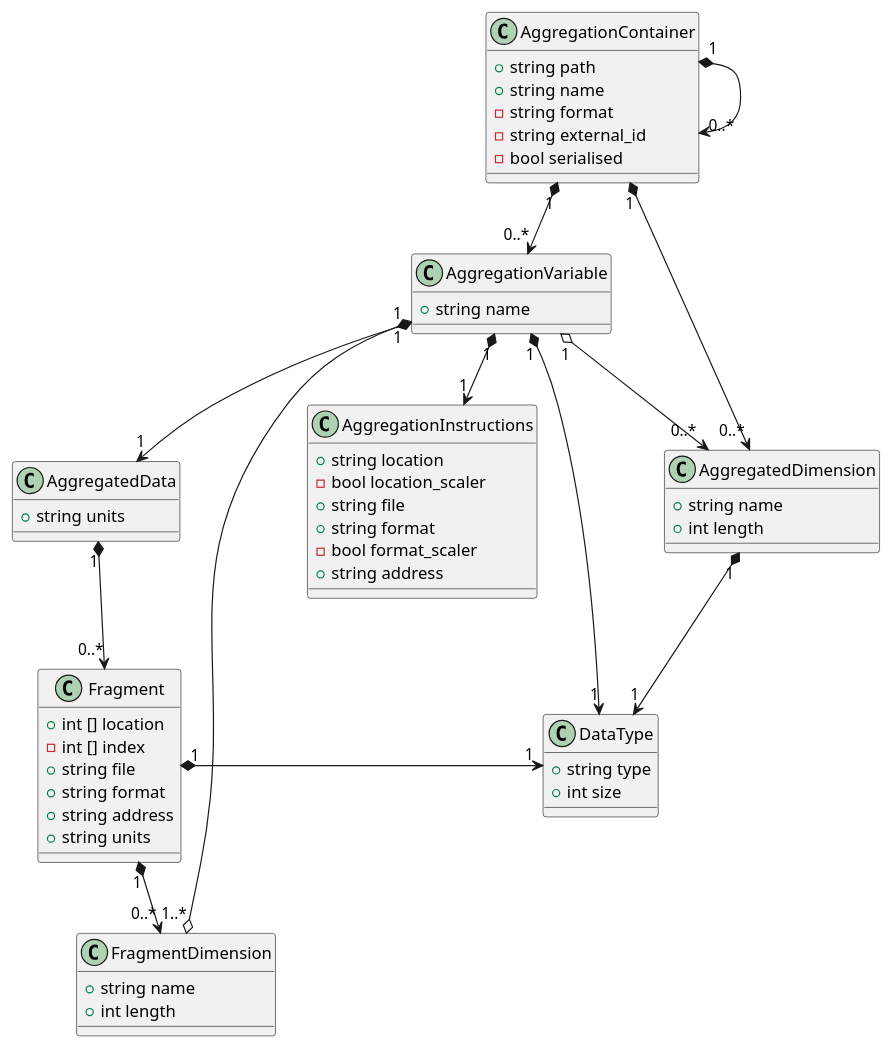
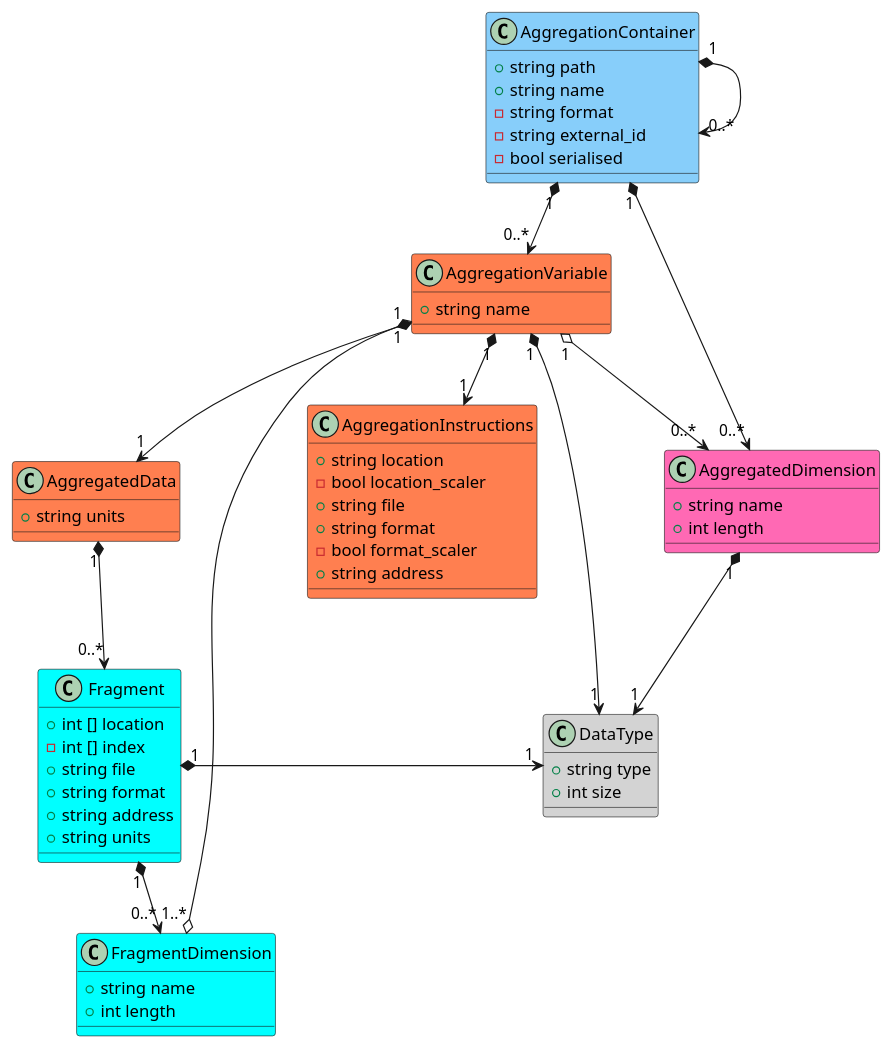
Before and after one commit to cedadev/CFA-C: the diagram in doc/uml/cfa_class_diagram.puml, drawn with PlantUML. The commit also changed 7 other files, not shown here.

```diff
--- a/doc/uml/cfa_class_diagram.puml
+++ b/doc/uml/cfa_class_diagram.puml
@@ -1,64 +1,64 @@
-@startuml CFA-C
+@startuml cfa_class_diagram
 
-class DataType {
+class DataType #lightgrey {
     +string type
     +int size
 }
 
-class FragmentDimension {
+class FragmentDimension #cyan {
     +string name
     +int length
 }
 
-class Fragment {
+class Fragment #cyan {
     +int [] location
     -int [] index
     +string file
     +string format
     +string address
     +string units
 }
 
-class AggregationInstructions {
+class AggregationInstructions #coral {
     +string location
     -bool location_scaler
     +string file
     +string format
     -bool format_scaler
     +string address
 }
 
-class AggregatedData {
+class AggregatedData #coral {
     +string units
 }
 
-class AggregatedDimension {
+class AggregatedDimension #hotpink {
     +string name
     +int length
 }
 
-class AggregationVariable {
+class AggregationVariable #coral{
     +string name
 }
 
-class AggregationContainer {
+class AggregationContainer #lightskyblue {
     +string path
     +string name
     -string format
     -string external_id
     -bool serialised
 }
 
 AggregationVariable "1" o--> "0..*" AggregatedDimension
 AggregationVariable "1" *--> "1" AggregatedData
 AggregatedData "1" *--> "0..*" Fragment
 Fragment "1" *--> "0..*" FragmentDimension
 AggregationVariable "1" o--o "1..*" FragmentDimension
 AggregatedDimension "1" *-> "1" DataType
 AggregationVariable "1" *--> "1" AggregationInstructions
 AggregationVariable "1" *-> "1" DataType
 Fragment "1" *-> "1" DataType
 AggregationContainer "1" *--> "0..*" AggregationVariable
 AggregationContainer "1" *--> "0..*" AggregatedDimension
 AggregationContainer "1" *--> "0..*" AggregationContainer
 @enduml
```
